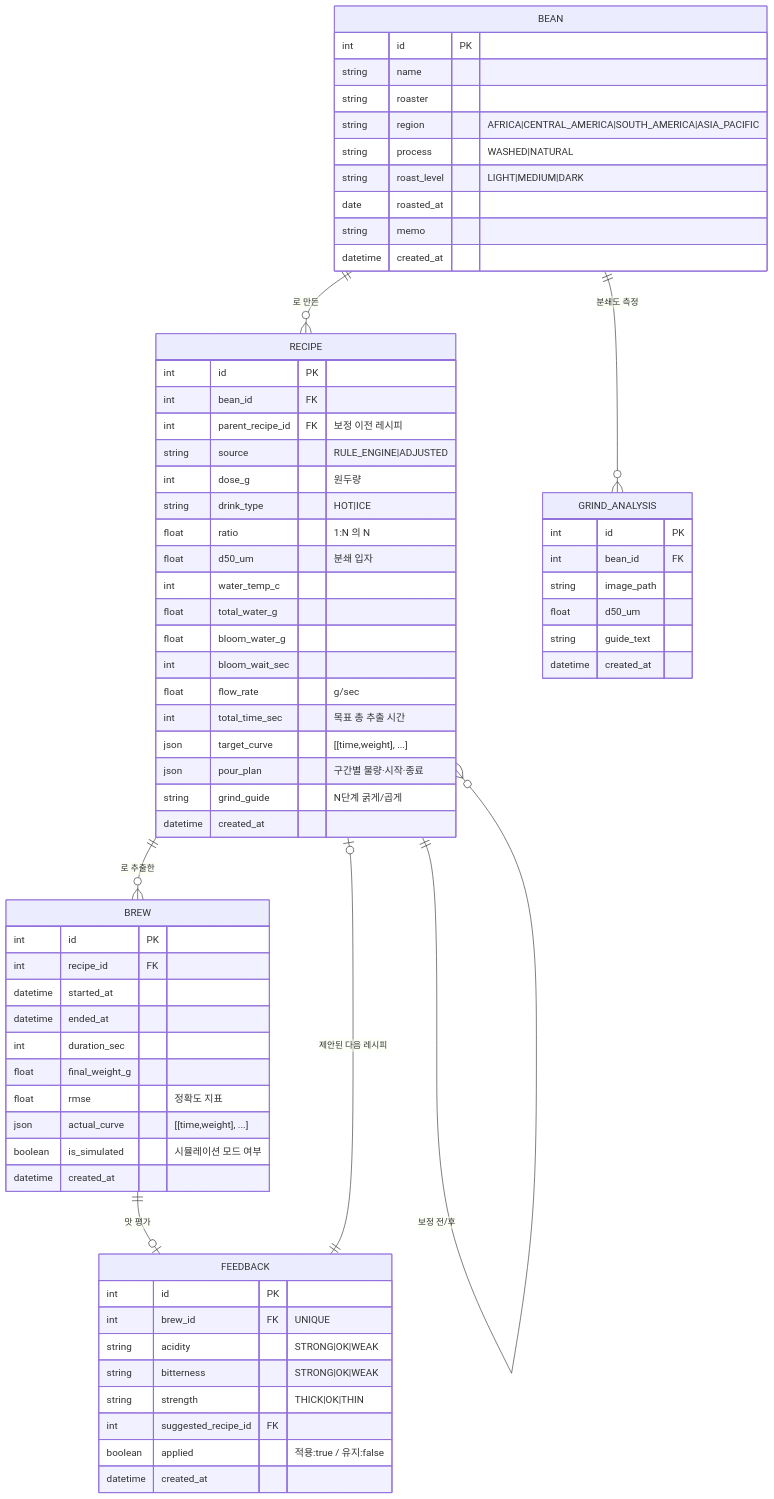
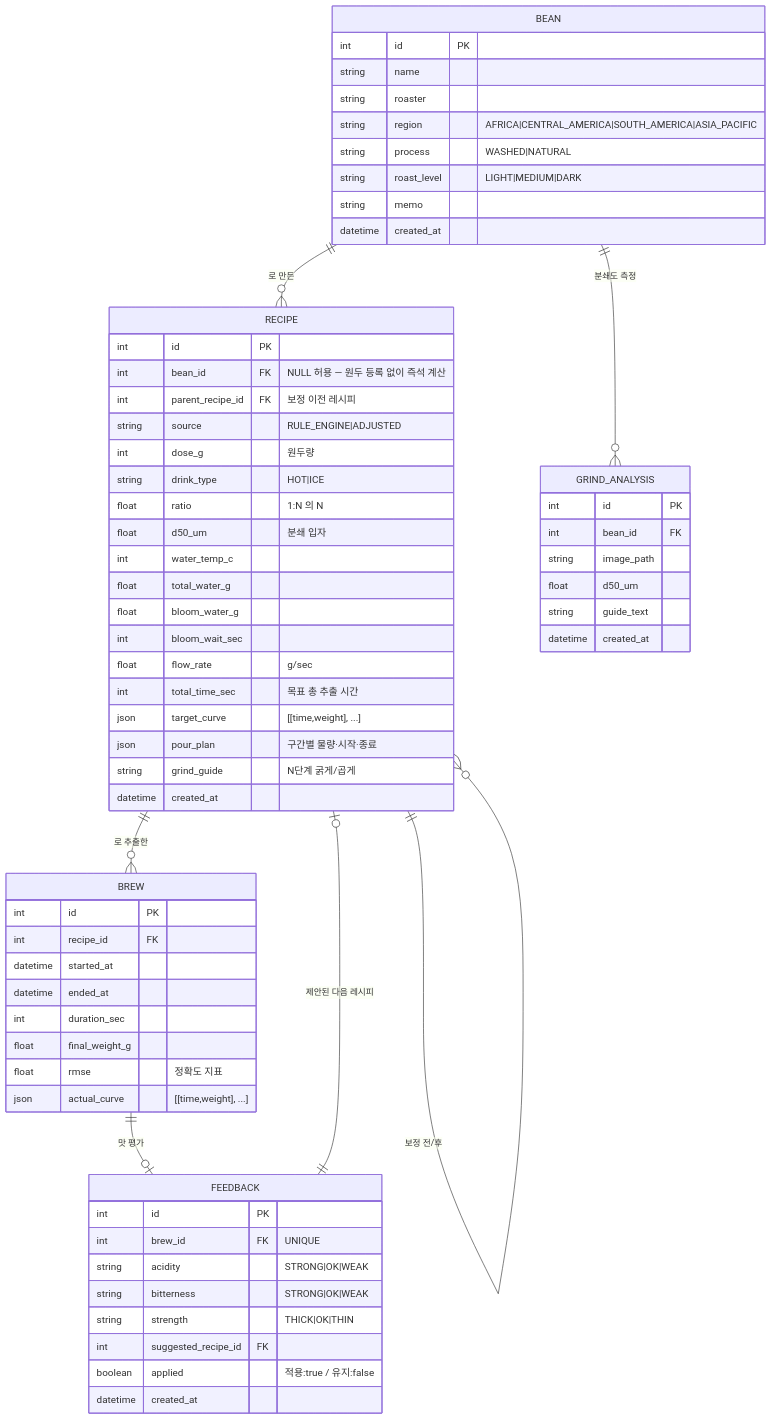
The diagram in docs/erd.md (kmin-k/DripDraw_Hongik), drawn with Mermaid before and after one commit. The commit also changed other lines of this file and 12 other files, not shown here.

````diff
--- a/docs/erd.md
+++ b/docs/erd.md
@@ -6,75 +6,72 @@
 ```mermaid
 erDiagram
     BEAN ||--o{ RECIPE : "로 만든"
     RECIPE ||--o{ BREW : "로 추출한"
     RECIPE ||--o{ RECIPE : "보정 전/후"
     BREW ||--o| FEEDBACK : "맛 평가"
     FEEDBACK ||--o| RECIPE : "제안된 다음 레시피"
     BEAN ||--o{ GRIND_ANALYSIS : "분쇄도 측정"
 
     BEAN {
         int id PK
         string name
         string roaster
         string region "AFRICA|CENTRAL_AMERICA|SOUTH_AMERICA|ASIA_PACIFIC"
         string process "WASHED|NATURAL"
         string roast_level "LIGHT|MEDIUM|DARK"
-        date roasted_at
         string memo
         datetime created_at
     }
 
     RECIPE {
         int id PK
-        int bean_id FK
+        int bean_id FK "NULL 허용 — 원두 등록 없이 즉석 계산"
         int parent_recipe_id FK "보정 이전 레시피"
         string source "RULE_ENGINE|ADJUSTED"
         int dose_g "원두량"
         string drink_type "HOT|ICE"
         float ratio "1:N 의 N"
         float d50_um "분쇄 입자"
         int water_temp_c
         float total_water_g
         float bloom_water_g
         int bloom_wait_sec
         float flow_rate "g/sec"
         int total_time_sec "목표 총 추출 시간"
         json target_curve "[[time,weight], ...]"
         json pour_plan "구간별 물량·시작·종료"
         string grind_guide "N단계 굵게/곱게"
         datetime created_at
     }
 
     BREW {
         int id PK
         int recipe_id FK
         datetime started_at
         datetime ended_at
         int duration_sec
         float final_weight_g
         float rmse "정확도 지표"
         json actual_curve "[[time,weight], ...]"
-        boolean is_simulated "시뮬레이션 모드 여부"
-        datetime created_at
     }
 
     FEEDBACK {
         int id PK
         int brew_id FK "UNIQUE"
         string acidity "STRONG|OK|WEAK"
         string bitterness "STRONG|OK|WEAK"
         string strength "THICK|OK|THIN"
         int suggested_recipe_id FK
         boolean applied "적용:true / 유지:false"
         datetime created_at
     }
 
     GRIND_ANALYSIS {
         int id PK
         int bean_id FK
         string image_path
         float d50_um
         string guide_text
         datetime created_at
     }
 ```
````
